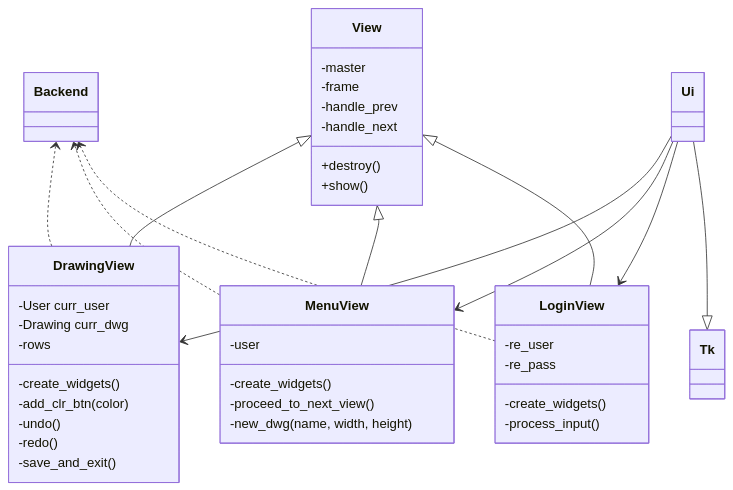
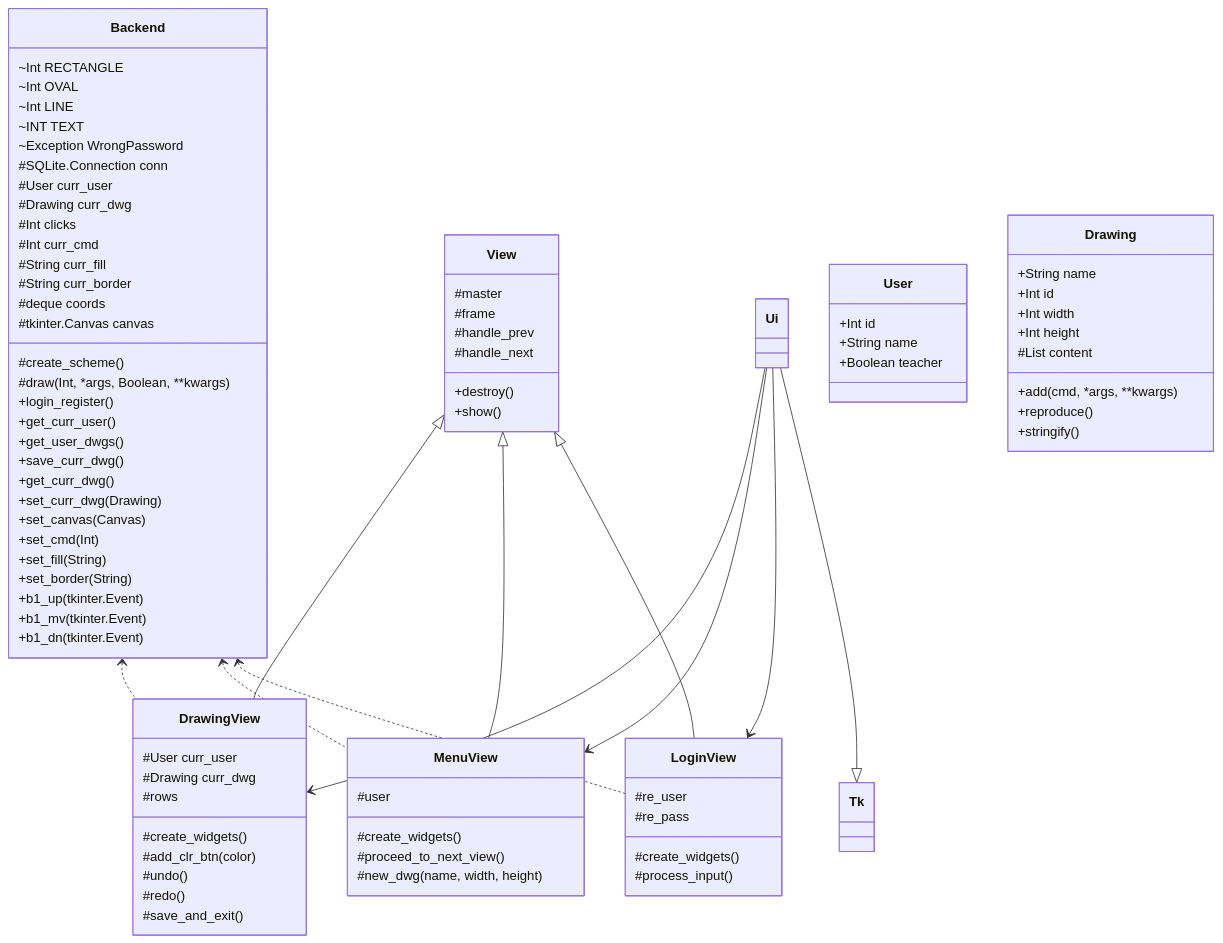
One commit to tomjtoth/ot-harjoitustyo changed the diagram in dokumentaatio/arkkitehtuuri.md. Above: the diagram before and after it, drawn with Mermaid.

Commit message:
szakítunk Titusz? - arkkitehtuuri

````diff
--- a/dokumentaatio/arkkitehtuuri.md
+++ b/dokumentaatio/arkkitehtuuri.md
@@ -17,41 +17,96 @@
     Backend <.. MenuView
     Backend <.. DrawingView
 
+class User {
+    +Int id
+    +String name
+    +Boolean teacher
+}
+
+class Drawing {
+    +String name
+    +Int id
+    +Int width
+    +Int height
+    #List content
+
+    +add(cmd, *args, **kwargs)
+    +reproduce()
+    +stringify()
+}
+
+class Backend {
+    ~Int RECTANGLE
+    ~Int OVAL
+    ~Int LINE
+    ~INT TEXT
+    ~Exception WrongPassword
+
+    #SQLite.Connection conn
+    #User curr_user
+    #Drawing curr_dwg
+    #Int clicks
+    #Int curr_cmd
+    #String curr_fill
+    #String curr_border
+    #deque coords
+    #tkinter.Canvas canvas
+
+    #create_scheme()
+    #draw(Int, *args, Boolean, **kwargs)
+    
+    +login_register()
+    +get_curr_user()
+    +get_user_dwgs()
+    +save_curr_dwg()
+    +get_curr_dwg()
+    +set_curr_dwg(Drawing)
+    +set_canvas(Canvas)
+    +set_cmd(Int)
+    +set_fill(String)
+    +set_border(String)
+    +b1_up(tkinter.Event)
+    +b1_mv(tkinter.Event)
+    +b1_dn(tkinter.Event)
+    
+
+}
+
 
 class View {
-    -master
-    -frame
-    -handle_prev
-    -handle_next
+    #master
+    #frame
+    #handle_prev
+    #handle_next
     +destroy()
     +show()
 }
 
 class LoginView {
-    -re_user
-    -re_pass
+    #re_user
+    #re_pass
 
-    -create_widgets()
-    -process_input()
+    #create_widgets()
+    #process_input()
 }
 
 class MenuView {
-    -user
+    #user
 
-    -create_widgets()
-    -proceed_to_next_view()
-    -new_dwg(name, width, height)
+    #create_widgets()
+    #proceed_to_next_view()
+    #new_dwg(name, width, height)
 }
 
 class DrawingView {
-    -User curr_user
-    -Drawing curr_dwg
-    -rows
+    #User curr_user
+    #Drawing curr_dwg
+    #rows
 
-    -create_widgets()
-    -add_clr_btn(color)
-    -undo()
-    -redo()
-    -save_and_exit()
+    #create_widgets()
+    #add_clr_btn(color)
+    #undo()
+    #redo()
+    #save_and_exit()
 }
 ```
````
